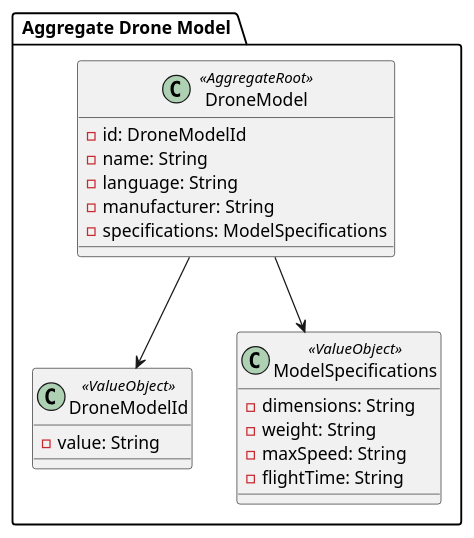
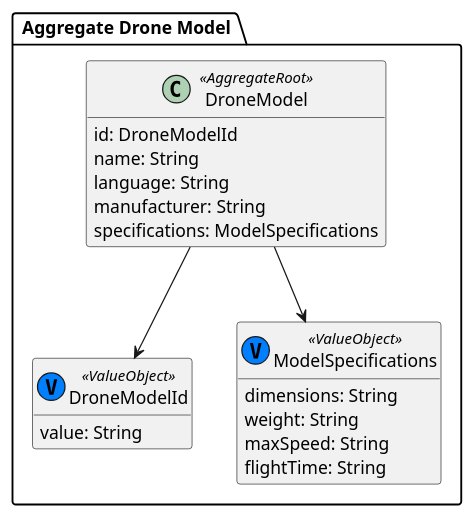
Before and after one commit to HenriqueSilva18/Drone-Show-Management-System: the diagram in docs/us_110/subDomains/domains/aggregate_drone_model.puml, drawn with PlantUML. The commit also changed 7 other files, not shown here.

```diff
--- a/docs/us_110/subDomains/domains/aggregate_drone_model.puml
+++ b/docs/us_110/subDomains/domains/aggregate_drone_model.puml
@@ -1,29 +1,31 @@
 @startuml
+hide methods
+
 package " Aggregate Drone Model " {
 
     ' Agregado DroneModel (Aggregate Root)
     class DroneModel <<AggregateRoot>> {
-        - id: DroneModelId
-        - name: String
-        - language: String
-        - manufacturer: String
-        - specifications: ModelSpecifications
+        id: DroneModelId
+        name: String
+        language: String
+        manufacturer: String
+        specifications: ModelSpecifications
     }
 
     ' Value Objects associados
-    class DroneModelId <<ValueObject>> {
-        - value: String
+    class DroneModelId <<(V, #007fff) ValueObject>> {
+        value: String
     }
 
-    class ModelSpecifications <<ValueObject>> {
-        - dimensions: String
-        - weight: String
-        - maxSpeed: String
-        - flightTime: String
+    class ModelSpecifications <<(V, #007fff) ValueObject>> {
+        dimensions: String
+        weight: String
+        maxSpeed: String
+        flightTime: String
     }
 
     ' Ligações
     DroneModel --> DroneModelId
     DroneModel --> ModelSpecifications
 }
 @enduml
```
